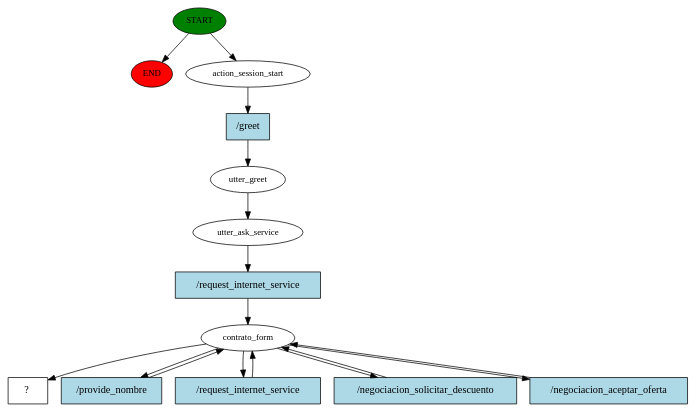
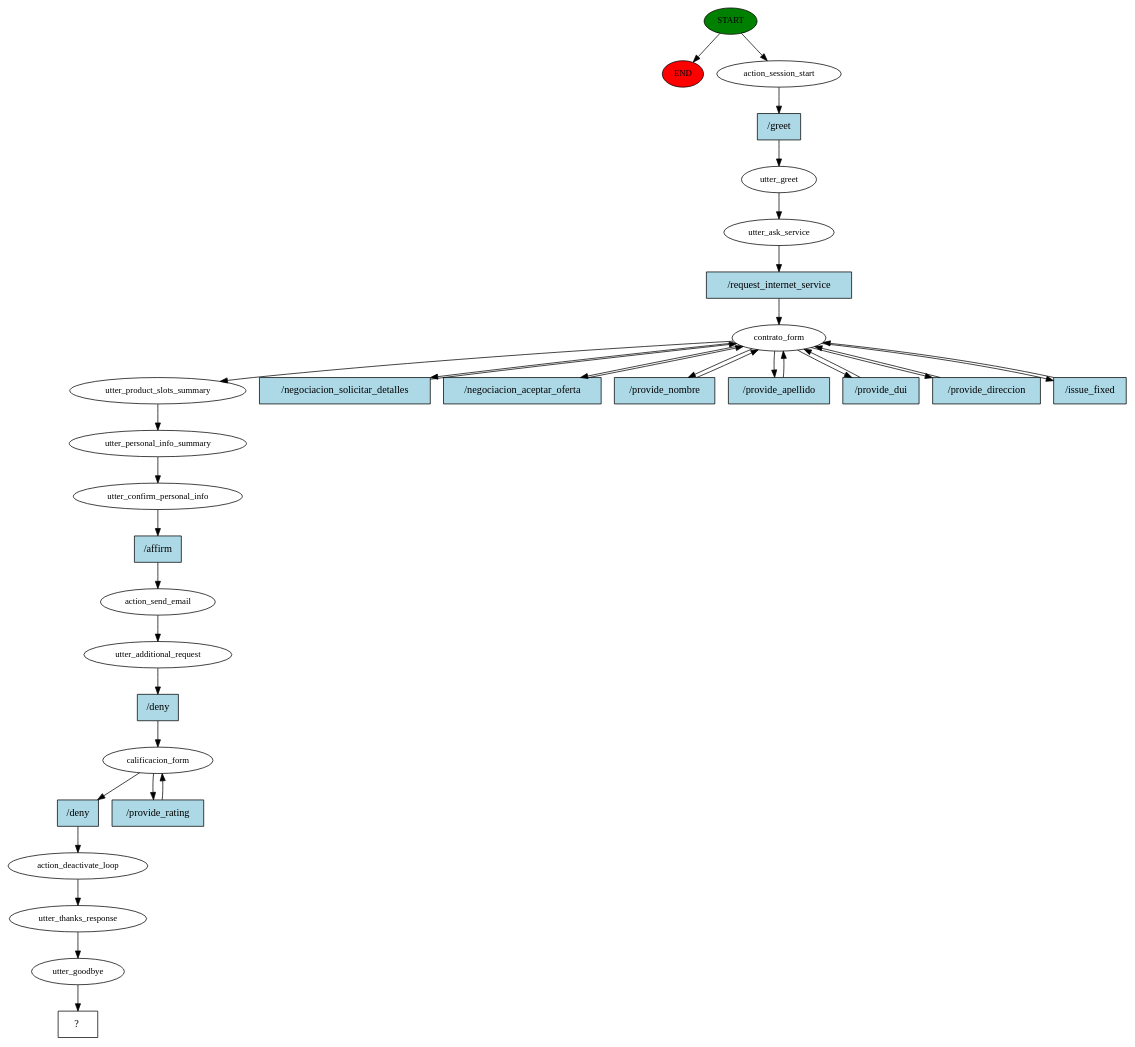
One commit to UES-EISI-ICC115-2025/caso-servicio-cliente changed the diagram in rasa/story_graph.dot. Above: the diagram before and after it, drawn with Graphviz. The commit also changed 37 other files, not shown here.

```diff
--- a/rasa/story_graph.dot
+++ b/rasa/story_graph.dot
@@ -1,31 +1,67 @@
 digraph  {
 0 [class="start active", fillcolor=green, fontsize=12, label=START, style=filled];
 "-1" [class=end, fillcolor=red, fontsize=12, label=END, style=filled];
 1 [class=active, fontsize=12, label=action_session_start];
 2 [class=active, fontsize=12, label=utter_greet];
 3 [class=active, fontsize=12, label=utter_ask_service];
 4 [class=active, fontsize=12, label=contrato_form];
-10 [class="intent dashed active", label="  ?  ", shape=rect];
-11 [class="intent active", fillcolor=lightblue, label="/greet", shape=rect, style=filled];
-12 [class="intent active", fillcolor=lightblue, label="/request_internet_service", shape=rect, style=filled];
-13 [class="intent active", fillcolor=lightblue, label="/provide_nombre", shape=rect, style=filled];
-14 [class="intent active", fillcolor=lightblue, label="/request_internet_service", shape=rect, style=filled];
-15 [class="intent active", fillcolor=lightblue, label="/negociacion_solicitar_descuento", shape=rect, style=filled];
-16 [class="intent active", fillcolor=lightblue, label="/negociacion_aceptar_oferta", shape=rect, style=filled];
+13 [class=active, fontsize=12, label=utter_product_slots_summary];
+14 [class=active, fontsize=12, label=utter_personal_info_summary];
+15 [class=active, fontsize=12, label=utter_confirm_personal_info];
+16 [class=active, fontsize=12, label=action_send_email];
+17 [class=active, fontsize=12, label=utter_additional_request];
+18 [class=active, fontsize=12, label=calificacion_form];
+20 [class=active, fontsize=12, label=action_deactivate_loop];
+21 [class=active, fontsize=12, label=utter_thanks_response];
+22 [class=active, fontsize=12, label=utter_goodbye];
+23 [class="intent dashed active", label="  ?  ", shape=rect];
+24 [class="intent active", fillcolor=lightblue, label="/greet", shape=rect, style=filled];
+25 [class="intent active", fillcolor=lightblue, label="/request_internet_service", shape=rect, style=filled];
+26 [class="intent active", fillcolor=lightblue, label="/negociacion_solicitar_detalles", shape=rect, style=filled];
+27 [class="intent active", fillcolor=lightblue, label="/negociacion_aceptar_oferta", shape=rect, style=filled];
+28 [class="intent active", fillcolor=lightblue, label="/provide_nombre", shape=rect, style=filled];
+29 [class="intent active", fillcolor=lightblue, label="/provide_apellido", shape=rect, style=filled];
+30 [class="intent active", fillcolor=lightblue, label="/provide_dui", shape=rect, style=filled];
+31 [class="intent active", fillcolor=lightblue, label="/provide_direccion", shape=rect, style=filled];
+32 [class="intent active", fillcolor=lightblue, label="/issue_fixed", shape=rect, style=filled];
+33 [class="intent active", fillcolor=lightblue, label="/affirm", shape=rect, style=filled];
+34 [class="intent active", fillcolor=lightblue, label="/deny", shape=rect, style=filled];
+35 [class="intent active", fillcolor=lightblue, label="/deny", shape=rect, style=filled];
+36 [class="intent active", fillcolor=lightblue, label="/provide_rating", shape=rect, style=filled];
 0 -> "-1"  [class="", key=NONE, label=""];
 0 -> 1  [class=active, key=NONE, label=""];
-1 -> 11  [class=active, key=0];
+1 -> 24  [class=active, key=0];
 2 -> 3  [class=active, key=NONE, label=""];
-3 -> 12  [class=active, key=0];
-4 -> 10  [class=active, key=NONE, label=""];
-4 -> 13  [class=active, key=0];
-4 -> 14  [class=active, key=0];
-4 -> 15  [class=active, key=0];
-4 -> 16  [class=active, key=0];
-11 -> 2  [class=active, key=0];
-12 -> 4  [class=active, key=0];
-13 -> 4  [class=active, key=0];
-14 -> 4  [class=active, key=0];
-15 -> 4  [class=active, key=0];
-16 -> 4  [class=active, key=0];
+3 -> 25  [class=active, key=0];
+4 -> 13  [class=active, key=NONE, label=""];
+4 -> 26  [class=active, key=0];
+4 -> 27  [class=active, key=0];
+4 -> 28  [class=active, key=0];
+4 -> 29  [class=active, key=0];
+4 -> 30  [class=active, key=0];
+4 -> 31  [class=active, key=0];
+4 -> 32  [class=active, key=0];
+13 -> 14  [class=active, key=NONE, label=""];
+14 -> 15  [class=active, key=NONE, label=""];
+15 -> 33  [class=active, key=0];
+16 -> 17  [class=active, key=NONE, label=""];
+17 -> 34  [class=active, key=0];
+18 -> 35  [class=active, key=0];
+18 -> 36  [class=active, key=0];
+20 -> 21  [class=active, key=NONE, label=""];
+21 -> 22  [class=active, key=NONE, label=""];
+22 -> 23  [class=active, key=NONE, label=""];
+24 -> 2  [class=active, key=0];
+25 -> 4  [class=active, key=0];
+26 -> 4  [class=active, key=0];
+27 -> 4  [class=active, key=0];
+28 -> 4  [class=active, key=0];
+29 -> 4  [class=active, key=0];
+30 -> 4  [class=active, key=0];
+31 -> 4  [class=active, key=0];
+32 -> 4  [class=active, key=0];
+33 -> 16  [class=active, key=0];
+34 -> 18  [class=active, key=0];
+35 -> 20  [class=active, key=0];
+36 -> 18  [class=active, key=0];
 }
```
